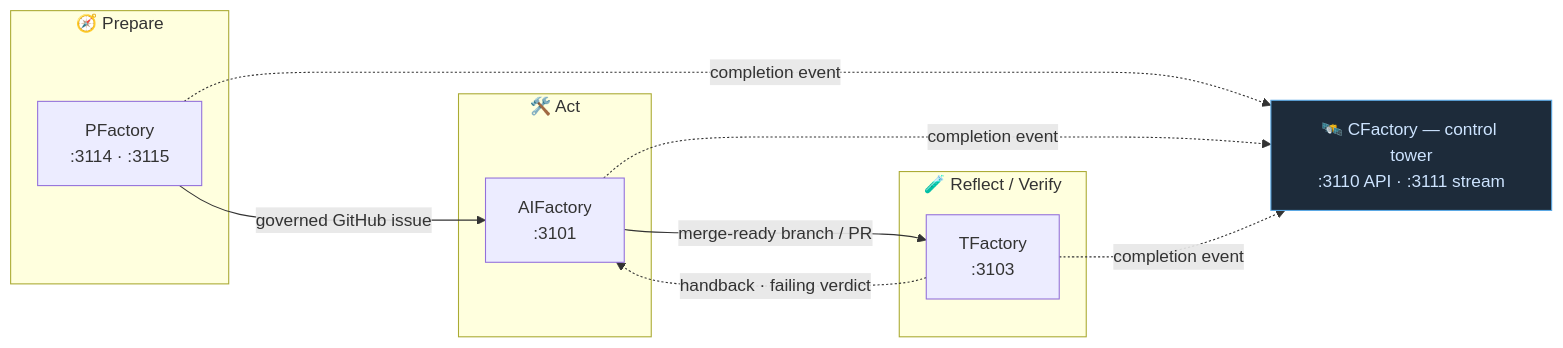
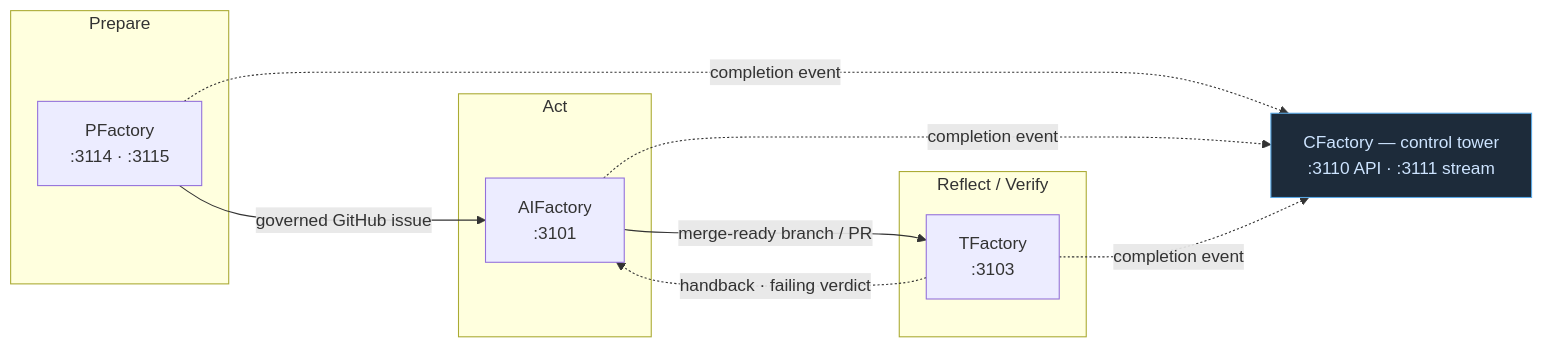
Before and after one commit to olafkfreund/Factory: the first of 3 diagrams in docs/architecture.md, drawn with Mermaid. The commit also changed 9 other files, not shown here.

```diff
--- a/docs/architecture.md
+++ b/docs/architecture.md
@@ -20,24 +20,24 @@
 <div class="mermaid">
 flowchart LR
-    subgraph P["🧭 Prepare"]
+    subgraph P[" Prepare"]
         PF["PFactory<br/>:3114 · :3115"]
     end
-    subgraph A["🛠️ Act"]
+    subgraph A[" Act"]
         AF["AIFactory<br/>:3101"]
     end
-    subgraph R["🧪 Reflect / Verify"]
+    subgraph R[" Reflect / Verify"]
         TF["TFactory<br/>:3103"]
     end
 
     PF -- "governed GitHub issue" --> AF
     AF -- "merge-ready branch / PR" --> TF
     TF -. "handback · failing verdict" .-> AF
 
-    CF["🛰️ CFactory — control tower<br/>:3110 API · :3111 stream"]
+    CF[" CFactory — control tower<br/>:3110 API · :3111 stream"]
     PF -. "completion event" .-> CF
     AF -. "completion event" .-> CF
     TF -. "completion event" .-> CF
 
     classDef tower fill:#1d2b3a,stroke:#5aa9e6,color:#cde4ff;
     class CF tower;
 </div>
```
